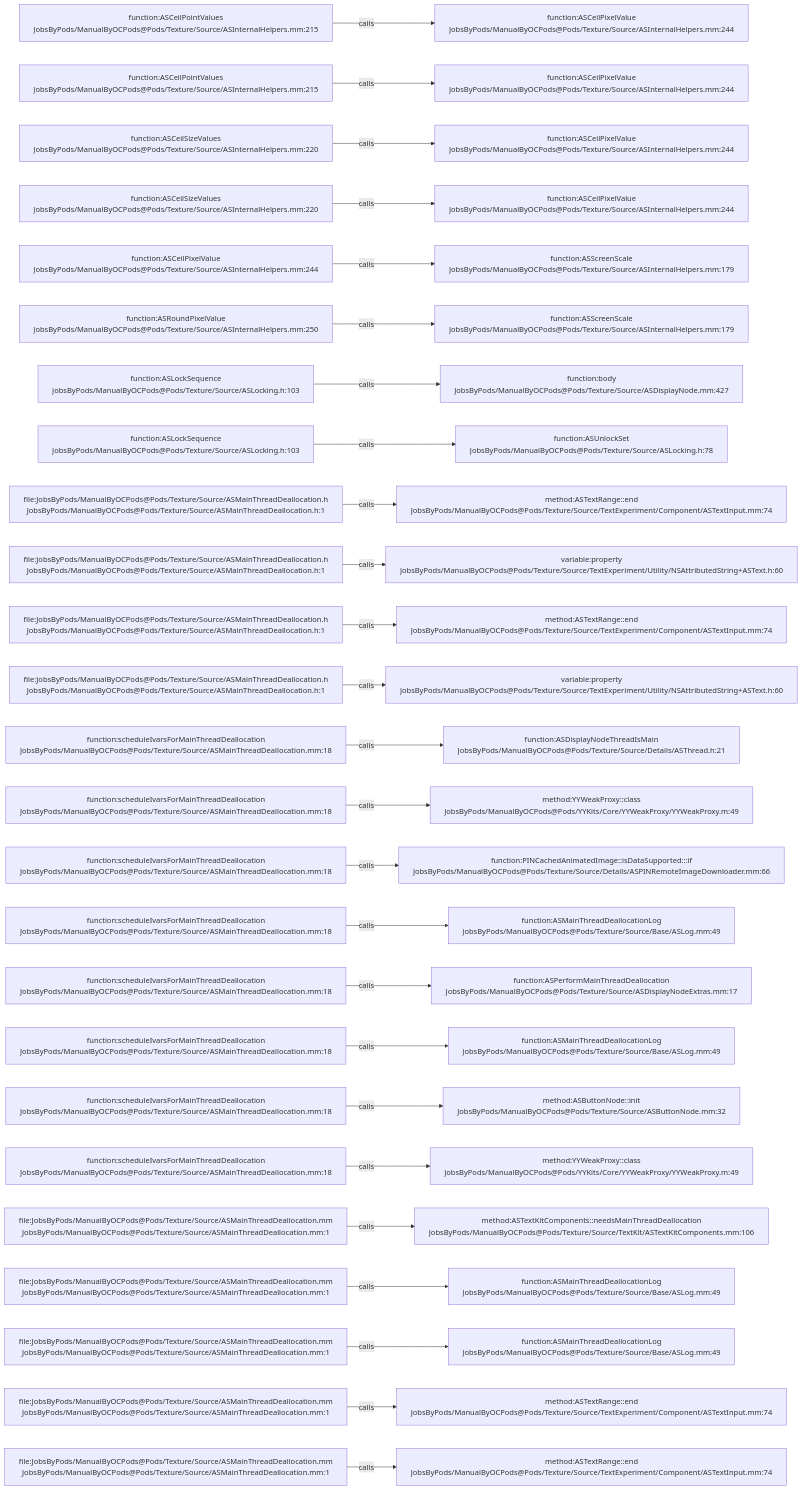
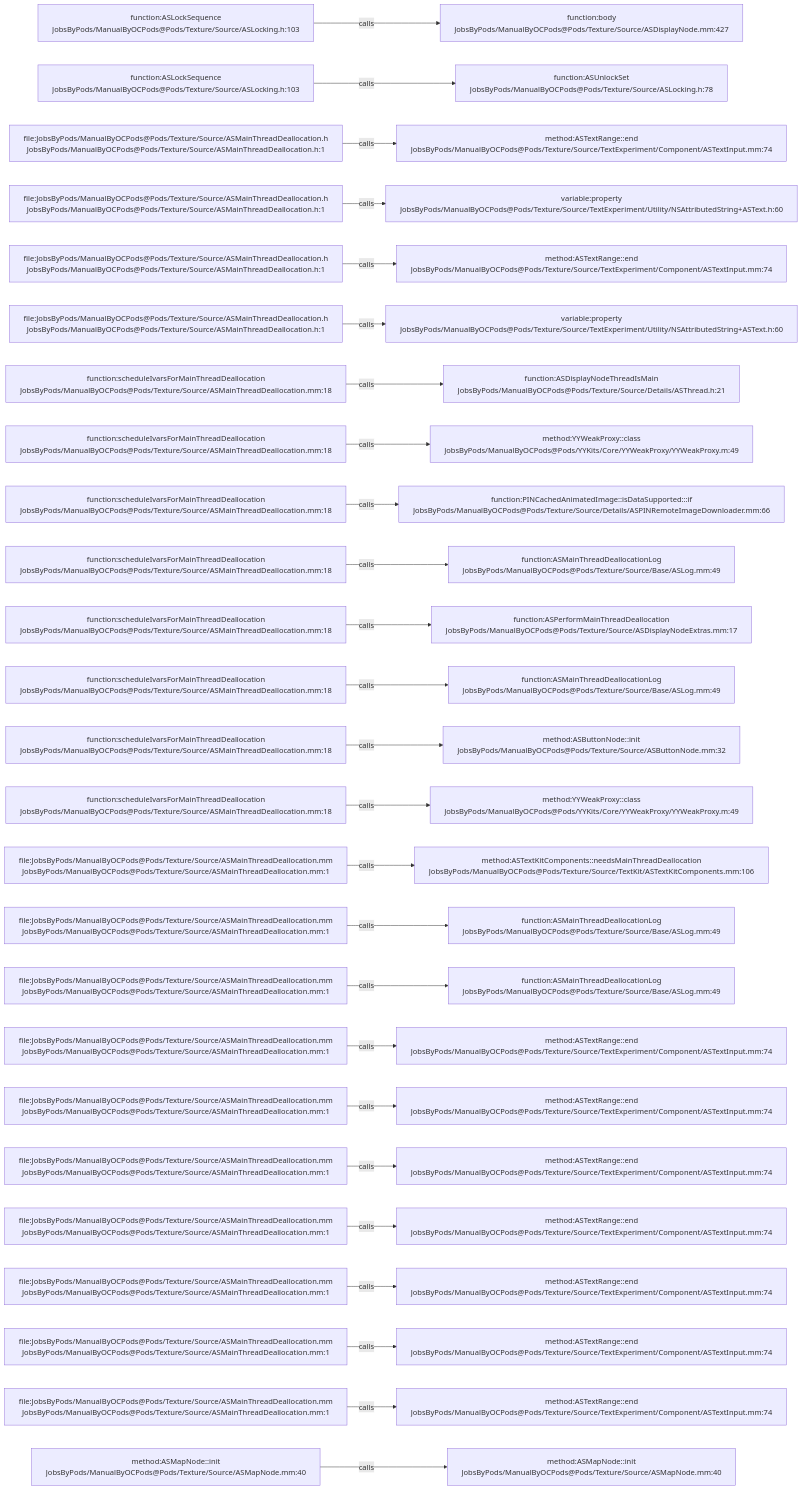
The diagram in .codegraph/codegraph.md/graphs/calls-104.md (JobsKits/JobsOCBaseConfigDemo), drawn with Mermaid before and after one commit. The commit also changed 666 other files, not shown here.

````diff
--- a/.codegraph/codegraph.md/graphs/calls-104.md
+++ b/.codegraph/codegraph.md/graphs/calls-104.md
@@ -13,78 +13,78 @@
 ```mermaid
 flowchart LR
-  S1["function:ASCeilPointValues<br/>JobsByPods/ManualByOCPods@Pods/Texture/Source/ASInternalHelpers.mm:215"]
-  T1["function:ASCeilPixelValue<br/>JobsByPods/ManualByOCPods@Pods/Texture/Source/ASInternalHelpers.mm:244"]
+  S1["function:ASLockSequence<br/>JobsByPods/ManualByOCPods@Pods/Texture/Source/ASLocking.h:103"]
+  T1["function:body<br/>JobsByPods/ManualByOCPods@Pods/Texture/Source/ASDisplayNode.mm:427"]
   S1 -->|calls| T1
-  S2["function:ASCeilPointValues<br/>JobsByPods/ManualByOCPods@Pods/Texture/Source/ASInternalHelpers.mm:215"]
-  T2["function:ASCeilPixelValue<br/>JobsByPods/ManualByOCPods@Pods/Texture/Source/ASInternalHelpers.mm:244"]
+  S2["function:ASLockSequence<br/>JobsByPods/ManualByOCPods@Pods/Texture/Source/ASLocking.h:103"]
+  T2["function:ASUnlockSet<br/>JobsByPods/ManualByOCPods@Pods/Texture/Source/ASLocking.h:78"]
   S2 -->|calls| T2
-  S3["function:ASCeilSizeValues<br/>JobsByPods/ManualByOCPods@Pods/Texture/Source/ASInternalHelpers.mm:220"]
-  T3["function:ASCeilPixelValue<br/>JobsByPods/ManualByOCPods@Pods/Texture/Source/ASInternalHelpers.mm:244"]
+  S3["file:JobsByPods/ManualByOCPods@Pods/Texture/Source/ASMainThreadDeallocation.h<br/>JobsByPods/ManualByOCPods@Pods/Texture/Source/ASMainThreadDeallocation.h:1"]
+  T3["method:ASTextRange::end<br/>JobsByPods/ManualByOCPods@Pods/Texture/Source/TextExperiment/Component/ASTextInput.mm:74"]
   S3 -->|calls| T3
-  S4["function:ASCeilSizeValues<br/>JobsByPods/ManualByOCPods@Pods/Texture/Source/ASInternalHelpers.mm:220"]
-  T4["function:ASCeilPixelValue<br/>JobsByPods/ManualByOCPods@Pods/Texture/Source/ASInternalHelpers.mm:244"]
+  S4["file:JobsByPods/ManualByOCPods@Pods/Texture/Source/ASMainThreadDeallocation.h<br/>JobsByPods/ManualByOCPods@Pods/Texture/Source/ASMainThreadDeallocation.h:1"]
+  T4["variable:property<br/>JobsByPods/ManualByOCPods@Pods/Texture/Source/TextExperiment/Utility/NSAttributedString+ASText.h:60"]
   S4 -->|calls| T4
-  S5["function:ASCeilPixelValue<br/>JobsByPods/ManualByOCPods@Pods/Texture/Source/ASInternalHelpers.mm:244"]
-  T5["function:ASScreenScale<br/>JobsByPods/ManualByOCPods@Pods/Texture/Source/ASInternalHelpers.mm:179"]
+  S5["file:JobsByPods/ManualByOCPods@Pods/Texture/Source/ASMainThreadDeallocation.h<br/>JobsByPods/ManualByOCPods@Pods/Texture/Source/ASMainThreadDeallocation.h:1"]
+  T5["method:ASTextRange::end<br/>JobsByPods/ManualByOCPods@Pods/Texture/Source/TextExperiment/Component/ASTextInput.mm:74"]
   S5 -->|calls| T5
-  S6["function:ASRoundPixelValue<br/>JobsByPods/ManualByOCPods@Pods/Texture/Source/ASInternalHelpers.mm:250"]
-  T6["function:ASScreenScale<br/>JobsByPods/ManualByOCPods@Pods/Texture/Source/ASInternalHelpers.mm:179"]
+  S6["file:JobsByPods/ManualByOCPods@Pods/Texture/Source/ASMainThreadDeallocation.h<br/>JobsByPods/ManualByOCPods@Pods/Texture/Source/ASMainThreadDeallocation.h:1"]
+  T6["variable:property<br/>JobsByPods/ManualByOCPods@Pods/Texture/Source/TextExperiment/Utility/NSAttributedString+ASText.h:60"]
   S6 -->|calls| T6
-  S7["function:ASLockSequence<br/>JobsByPods/ManualByOCPods@Pods/Texture/Source/ASLocking.h:103"]
-  T7["function:body<br/>JobsByPods/ManualByOCPods@Pods/Texture/Source/ASDisplayNode.mm:427"]
+  S7["function:scheduleIvarsForMainThreadDeallocation<br/>JobsByPods/ManualByOCPods@Pods/Texture/Source/ASMainThreadDeallocation.mm:18"]
+  T7["function:ASDisplayNodeThreadIsMain<br/>JobsByPods/ManualByOCPods@Pods/Texture/Source/Details/ASThread.h:21"]
   S7 -->|calls| T7
-  S8["function:ASLockSequence<br/>JobsByPods/ManualByOCPods@Pods/Texture/Source/ASLocking.h:103"]
-  T8["function:ASUnlockSet<br/>JobsByPods/ManualByOCPods@Pods/Texture/Source/ASLocking.h:78"]
+  S8["function:scheduleIvarsForMainThreadDeallocation<br/>JobsByPods/ManualByOCPods@Pods/Texture/Source/ASMainThreadDeallocation.mm:18"]
+  T8["method:YYWeakProxy::class<br/>JobsByPods/ManualByOCPods@Pods/YYKits/Core/YYWeakProxy/YYWeakProxy.m:49"]
   S8 -->|calls| T8
-  S9["file:JobsByPods/ManualByOCPods@Pods/Texture/Source/ASMainThreadDeallocation.h<br/>JobsByPods/ManualByOCPods@Pods/Texture/Source/ASMainThreadDeallocation.h:1"]
-  T9["method:ASTextRange::end<br/>JobsByPods/ManualByOCPods@Pods/Texture/Source/TextExperiment/Component/ASTextInput.mm:74"]
+  S9["function:scheduleIvarsForMainThreadDeallocation<br/>JobsByPods/ManualByOCPods@Pods/Texture/Source/ASMainThreadDeallocation.mm:18"]
+  T9["function:PINCachedAnimatedImage::isDataSupported:::if<br/>JobsByPods/ManualByOCPods@Pods/Texture/Source/Details/ASPINRemoteImageDownloader.mm:66"]
   S9 -->|calls| T9
-  S10["file:JobsByPods/ManualByOCPods@Pods/Texture/Source/ASMainThreadDeallocation.h<br/>JobsByPods/ManualByOCPods@Pods/Texture/Source/ASMainThreadDeallocation.h:1"]
-  T10["variable:property<br/>JobsByPods/ManualByOCPods@Pods/Texture/Source/TextExperiment/Utility/NSAttributedString+ASText.h:60"]
+  S10["function:scheduleIvarsForMainThreadDeallocation<br/>JobsByPods/ManualByOCPods@Pods/Texture/Source/ASMainThreadDeallocation.mm:18"]
+  T10["function:ASMainThreadDeallocationLog<br/>JobsByPods/ManualByOCPods@Pods/Texture/Source/Base/ASLog.mm:49"]
   S10 -->|calls| T10
-  S11["file:JobsByPods/ManualByOCPods@Pods/Texture/Source/ASMainThreadDeallocation.h<br/>JobsByPods/ManualByOCPods@Pods/Texture/Source/ASMainThreadDeallocation.h:1"]
-  T11["method:ASTextRange::end<br/>JobsByPods/ManualByOCPods@Pods/Texture/Source/TextExperiment/Component/ASTextInput.mm:74"]
+  S11["function:scheduleIvarsForMainThreadDeallocation<br/>JobsByPods/ManualByOCPods@Pods/Texture/Source/ASMainThreadDeallocation.mm:18"]
+  T11["function:ASPerformMainThreadDeallocation<br/>JobsByPods/ManualByOCPods@Pods/Texture/Source/ASDisplayNodeExtras.mm:17"]
   S11 -->|calls| T11
-  S12["file:JobsByPods/ManualByOCPods@Pods/Texture/Source/ASMainThreadDeallocation.h<br/>JobsByPods/ManualByOCPods@Pods/Texture/Source/ASMainThreadDeallocation.h:1"]
-  T12["variable:property<br/>JobsByPods/ManualByOCPods@Pods/Texture/Source/TextExperiment/Utility/NSAttributedString+ASText.h:60"]
+  S12["function:scheduleIvarsForMainThreadDeallocation<br/>JobsByPods/ManualByOCPods@Pods/Texture/Source/ASMainThreadDeallocation.mm:18"]
+  T12["function:ASMainThreadDeallocationLog<br/>JobsByPods/ManualByOCPods@Pods/Texture/Source/Base/ASLog.mm:49"]
   S12 -->|calls| T12
   S13["function:scheduleIvarsForMainThreadDeallocation<br/>JobsByPods/ManualByOCPods@Pods/Texture/Source/ASMainThreadDeallocation.mm:18"]
-  T13["function:ASDisplayNodeThreadIsMain<br/>JobsByPods/ManualByOCPods@Pods/Texture/Source/Details/ASThread.h:21"]
+  T13["method:ASButtonNode::init<br/>JobsByPods/ManualByOCPods@Pods/Texture/Source/ASButtonNode.mm:32"]
   S13 -->|calls| T13
   S14["function:scheduleIvarsForMainThreadDeallocation<br/>JobsByPods/ManualByOCPods@Pods/Texture/Source/ASMainThreadDeallocation.mm:18"]
   T14["method:YYWeakProxy::class<br/>JobsByPods/ManualByOCPods@Pods/YYKits/Core/YYWeakProxy/YYWeakProxy.m:49"]
   S14 -->|calls| T14
-  S15["function:scheduleIvarsForMainThreadDeallocation<br/>JobsByPods/ManualByOCPods@Pods/Texture/Source/ASMainThreadDeallocation.mm:18"]
-  T15["function:PINCachedAnimatedImage::isDataSupported:::if<br/>JobsByPods/ManualByOCPods@Pods/Texture/Source/Details/ASPINRemoteImageDownloader.mm:66"]
+  S15["file:JobsByPods/ManualByOCPods@Pods/Texture/Source/ASMainThreadDeallocation.mm<br/>JobsByPods/ManualByOCPods@Pods/Texture/Source/ASMainThreadDeallocation.mm:1"]
+  T15["method:ASTextKitComponents::needsMainThreadDeallocation<br/>JobsByPods/ManualByOCPods@Pods/Texture/Source/TextKit/ASTextKitComponents.mm:106"]
   S15 -->|calls| T15
-  S16["function:scheduleIvarsForMainThreadDeallocation<br/>JobsByPods/ManualByOCPods@Pods/Texture/Source/ASMainThreadDeallocation.mm:18"]
+  S16["file:JobsByPods/ManualByOCPods@Pods/Texture/Source/ASMainThreadDeallocation.mm<br/>JobsByPods/ManualByOCPods@Pods/Texture/Source/ASMainThreadDeallocation.mm:1"]
   T16["function:ASMainThreadDeallocationLog<br/>JobsByPods/ManualByOCPods@Pods/Texture/Source/Base/ASLog.mm:49"]
   S16 -->|calls| T16
-  S17["function:scheduleIvarsForMainThreadDeallocation<br/>JobsByPods/ManualByOCPods@Pods/Texture/Source/ASMainThreadDeallocation.mm:18"]
-  T17["function:ASPerformMainThreadDeallocation<br/>JobsByPods/ManualByOCPods@Pods/Texture/Source/ASDisplayNodeExtras.mm:17"]
+  S17["file:JobsByPods/ManualByOCPods@Pods/Texture/Source/ASMainThreadDeallocation.mm<br/>JobsByPods/ManualByOCPods@Pods/Texture/Source/ASMainThreadDeallocation.mm:1"]
+  T17["function:ASMainThreadDeallocationLog<br/>JobsByPods/ManualByOCPods@Pods/Texture/Source/Base/ASLog.mm:49"]
   S17 -->|calls| T17
-  S18["function:scheduleIvarsForMainThreadDeallocation<br/>JobsByPods/ManualByOCPods@Pods/Texture/Source/ASMainThreadDeallocation.mm:18"]
-  T18["function:ASMainThreadDeallocationLog<br/>JobsByPods/ManualByOCPods@Pods/Texture/Source/Base/ASLog.mm:49"]
+  S18["file:JobsByPods/ManualByOCPods@Pods/Texture/Source/ASMainThreadDeallocation.mm<br/>JobsByPods/ManualByOCPods@Pods/Texture/Source/ASMainThreadDeallocation.mm:1"]
+  T18["method:ASTextRange::end<br/>JobsByPods/ManualByOCPods@Pods/Texture/Source/TextExperiment/Component/ASTextInput.mm:74"]
   S18 -->|calls| T18
-  S19["function:scheduleIvarsForMainThreadDeallocation<br/>JobsByPods/ManualByOCPods@Pods/Texture/Source/ASMainThreadDeallocation.mm:18"]
-  T19["method:ASButtonNode::init<br/>JobsByPods/ManualByOCPods@Pods/Texture/Source/ASButtonNode.mm:32"]
+  S19["file:JobsByPods/ManualByOCPods@Pods/Texture/Source/ASMainThreadDeallocation.mm<br/>JobsByPods/ManualByOCPods@Pods/Texture/Source/ASMainThreadDeallocation.mm:1"]
+  T19["method:ASTextRange::end<br/>JobsByPods/ManualByOCPods@Pods/Texture/Source/TextExperiment/Component/ASTextInput.mm:74"]
   S19 -->|calls| T19
-  S20["function:scheduleIvarsForMainThreadDeallocation<br/>JobsByPods/ManualByOCPods@Pods/Texture/Source/ASMainThreadDeallocation.mm:18"]
-  T20["method:YYWeakProxy::class<br/>JobsByPods/ManualByOCPods@Pods/YYKits/Core/YYWeakProxy/YYWeakProxy.m:49"]
+  S20["file:JobsByPods/ManualByOCPods@Pods/Texture/Source/ASMainThreadDeallocation.mm<br/>JobsByPods/ManualByOCPods@Pods/Texture/Source/ASMainThreadDeallocation.mm:1"]
+  T20["method:ASTextRange::end<br/>JobsByPods/ManualByOCPods@Pods/Texture/Source/TextExperiment/Component/ASTextInput.mm:74"]
   S20 -->|calls| T20
   S21["file:JobsByPods/ManualByOCPods@Pods/Texture/Source/ASMainThreadDeallocation.mm<br/>JobsByPods/ManualByOCPods@Pods/Texture/Source/ASMainThreadDeallocation.mm:1"]
-  T21["method:ASTextKitComponents::needsMainThreadDeallocation<br/>JobsByPods/ManualByOCPods@Pods/Texture/Source/TextKit/ASTextKitComponents.mm:106"]
+  T21["method:ASTextRange::end<br/>JobsByPods/ManualByOCPods@Pods/Texture/Source/TextExperiment/Component/ASTextInput.mm:74"]
   S21 -->|calls| T21
   S22["file:JobsByPods/ManualByOCPods@Pods/Texture/Source/ASMainThreadDeallocation.mm<br/>JobsByPods/ManualByOCPods@Pods/Texture/Source/ASMainThreadDeallocation.mm:1"]
-  T22["function:ASMainThreadDeallocationLog<br/>JobsByPods/ManualByOCPods@Pods/Texture/Source/Base/ASLog.mm:49"]
+  T22["method:ASTextRange::end<br/>JobsByPods/ManualByOCPods@Pods/Texture/Source/TextExperiment/Component/ASTextInput.mm:74"]
   S22 -->|calls| T22
   S23["file:JobsByPods/ManualByOCPods@Pods/Texture/Source/ASMainThreadDeallocation.mm<br/>JobsByPods/ManualByOCPods@Pods/Texture/Source/ASMainThreadDeallocation.mm:1"]
-  T23["function:ASMainThreadDeallocationLog<br/>JobsByPods/ManualByOCPods@Pods/Texture/Source/Base/ASLog.mm:49"]
+  T23["method:ASTextRange::end<br/>JobsByPods/ManualByOCPods@Pods/Texture/Source/TextExperiment/Component/ASTextInput.mm:74"]
   S23 -->|calls| T23
   S24["file:JobsByPods/ManualByOCPods@Pods/Texture/Source/ASMainThreadDeallocation.mm<br/>JobsByPods/ManualByOCPods@Pods/Texture/Source/ASMainThreadDeallocation.mm:1"]
   T24["method:ASTextRange::end<br/>JobsByPods/ManualByOCPods@Pods/Texture/Source/TextExperiment/Component/ASTextInput.mm:74"]
   S24 -->|calls| T24
-  S25["file:JobsByPods/ManualByOCPods@Pods/Texture/Source/ASMainThreadDeallocation.mm<br/>JobsByPods/ManualByOCPods@Pods/Texture/Source/ASMainThreadDeallocation.mm:1"]
-  T25["method:ASTextRange::end<br/>JobsByPods/ManualByOCPods@Pods/Texture/Source/TextExperiment/Component/ASTextInput.mm:74"]
+  S25["method:ASMapNode::init<br/>JobsByPods/ManualByOCPods@Pods/Texture/Source/ASMapNode.mm:40"]
+  T25["method:ASMapNode::init<br/>JobsByPods/ManualByOCPods@Pods/Texture/Source/ASMapNode.mm:40"]
   S25 -->|calls| T25
 ```
````
